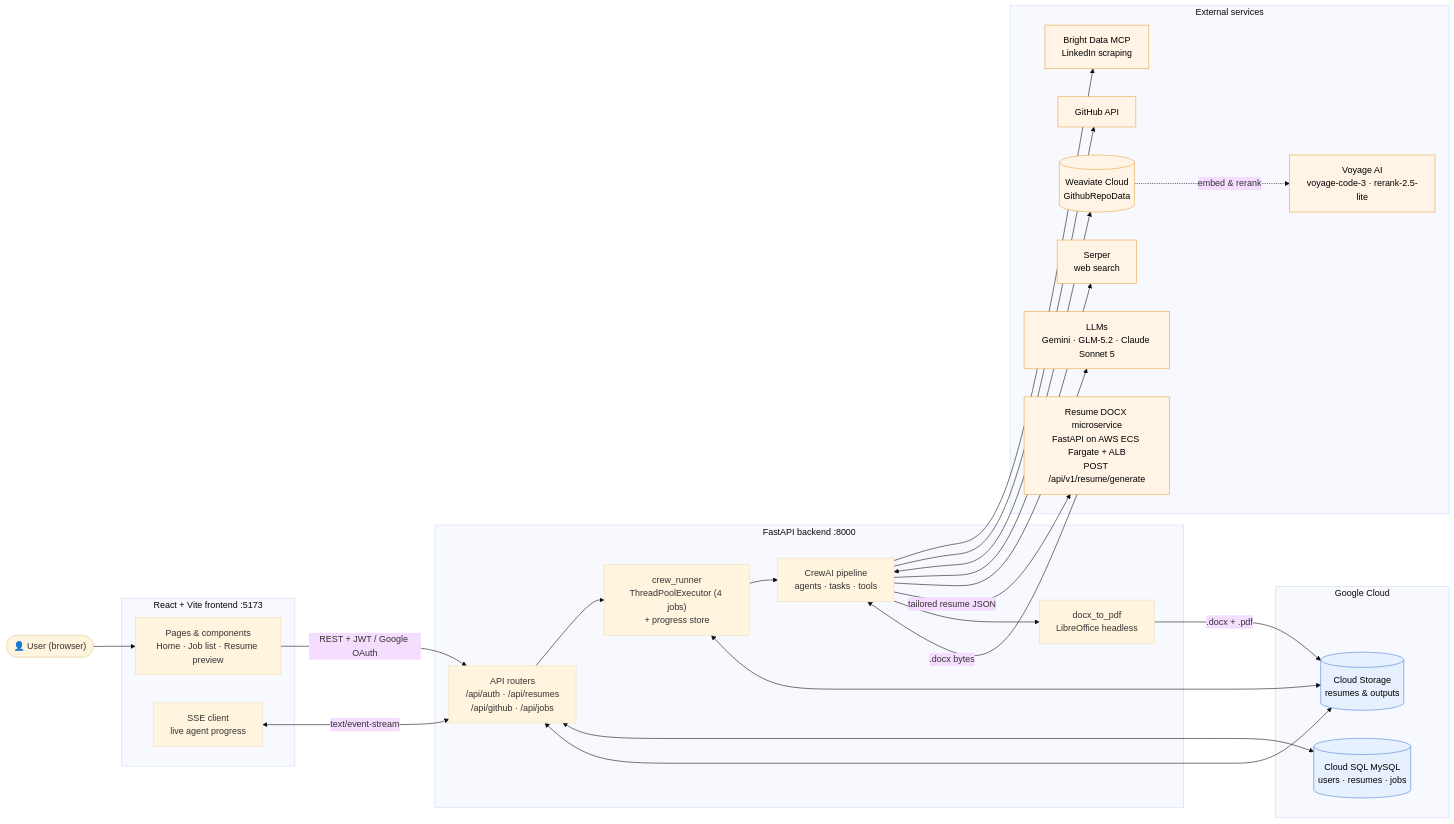
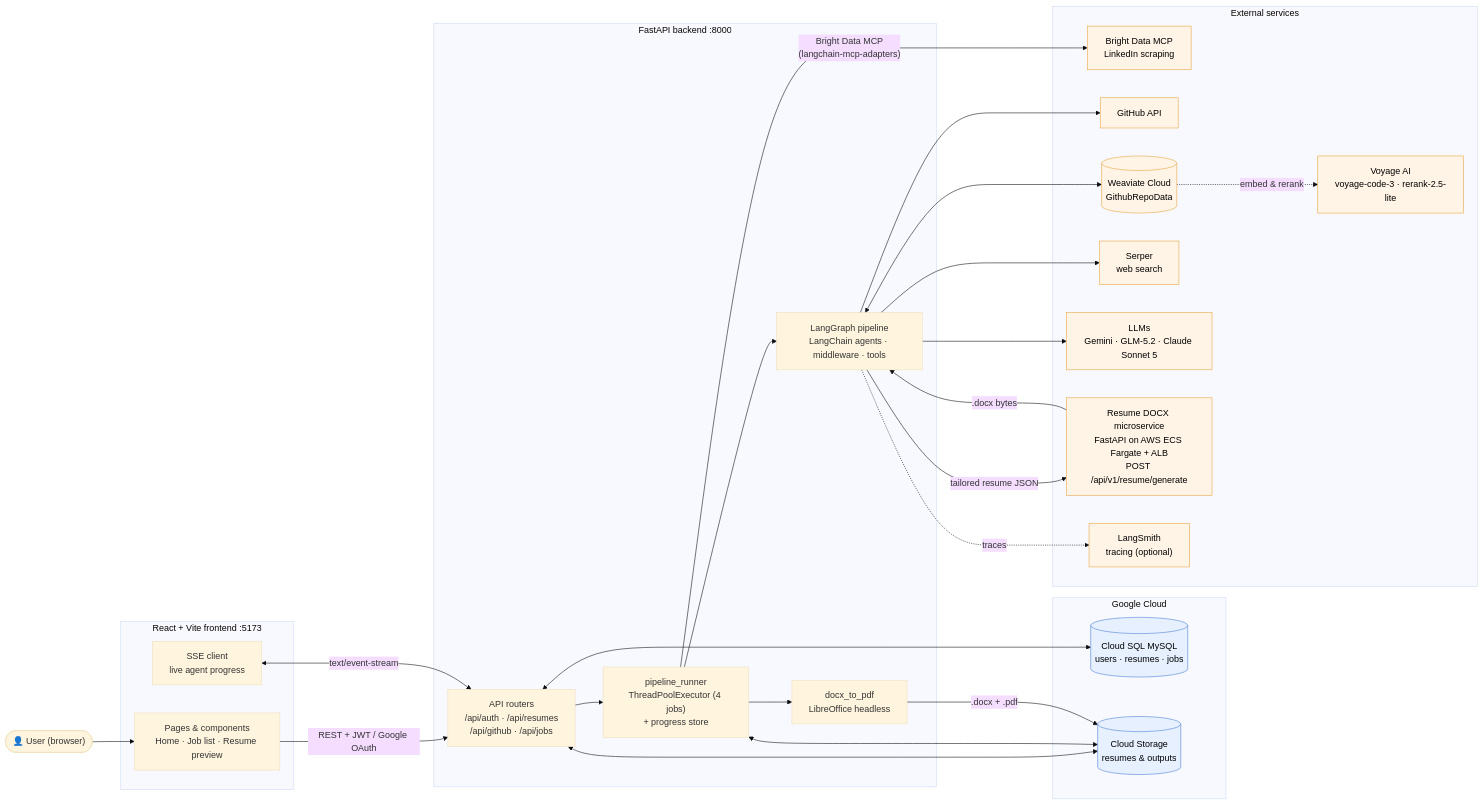
One commit to arijitde92/Job_Application_Agent changed the first of 3 diagrams in README.md. Above: the diagram before and after it, drawn with Mermaid (base theme). The commit also changed other lines of this file and 67 other files, not shown here.

Commit message:
Changed the LLM framework from CrewAI to LangGraph

````diff
--- a/README.md
+++ b/README.md
@@ -190,54 +200,56 @@
 ```mermaid
 flowchart LR
     User(["👤 User (browser)"])
 
     subgraph Frontend["React + Vite frontend :5173"]
         UI["Pages & components<br/>Home · Job list · Resume preview"]
         SSE["SSE client<br/>live agent progress"]
     end
 
     subgraph Backend["FastAPI backend :8000"]
         API["API routers<br/>/api/auth · /api/resumes<br/>/api/github · /api/jobs"]
-        Runner["crew_runner<br/>ThreadPoolExecutor (4 jobs)<br/>+ progress store"]
-        Crew["CrewAI pipeline<br/>agents · tasks · tools"]
+        Runner["pipeline_runner<br/>ThreadPoolExecutor (4 jobs)<br/>+ progress store"]
+        Graph["LangGraph pipeline<br/>LangChain agents · middleware · tools"]
         PDF["docx_to_pdf<br/>LibreOffice headless"]
     end
 
     subgraph GCP["Google Cloud"]
         SQL[("Cloud SQL MySQL<br/>users · resumes · jobs")]
         GCS[("Cloud Storage<br/>resumes & outputs")]
     end
 
     subgraph External["External services"]
         BD["Bright Data MCP<br/>LinkedIn scraping"]
         GH["GitHub API"]
         WV[("Weaviate Cloud<br/>GithubRepoData")]
         VOY["Voyage AI<br/>voyage-code-3 · rerank-2.5-lite"]
         SERP["Serper<br/>web search"]
         LLM["LLMs<br/>Gemini · GLM-5.2 · Claude Sonnet 5"]
         DOCX["Resume DOCX microservice<br/>FastAPI on AWS ECS Fargate + ALB<br/>POST /api/v1/resume/generate"]
+        LS["LangSmith<br/>tracing (optional)"]
     end
 
     User --> UI
     UI -->|"REST + JWT / Google OAuth"| API
     SSE <-->|"text/event-stream"| API
-    API --> Runner --> Crew
+    API --> Runner --> Graph
     API <--> SQL
     API <--> GCS
     Runner <--> GCS
-    Crew --> BD
-    Crew --> GH
-    Crew <--> WV
+    Runner -->|"Bright Data MCP<br/>(langchain-mcp-adapters)"| BD
+    Graph --> GH
+    Graph <--> WV
     WV -.->|"embed & rerank"| VOY
-    Crew --> SERP
-    Crew --> LLM
-    Crew -->|"tailored resume JSON"| DOCX
-    DOCX -->|".docx bytes"| Crew
-    Crew --> PDF
+    Graph --> SERP
+    Graph --> LLM
+    Graph -->|"tailored resume JSON"| DOCX
+    DOCX -->|".docx bytes"| Graph
+    Runner --> PDF
     PDF -->|".docx + .pdf"| GCS
+    Graph -.->|"traces"| LS
 
     classDef ext fill:#fff4e6,stroke:#e8a33d,color:#000
     classDef svc fill:#e6f0ff,stroke:#4a7fd4,color:#000
-    class BD,GH,WV,VOY,SERP,LLM,DOCX ext
+    class BD,GH,WV,VOY,SERP,LLM,DOCX,LS ext
     class SQL,GCS svc
 ```
````
